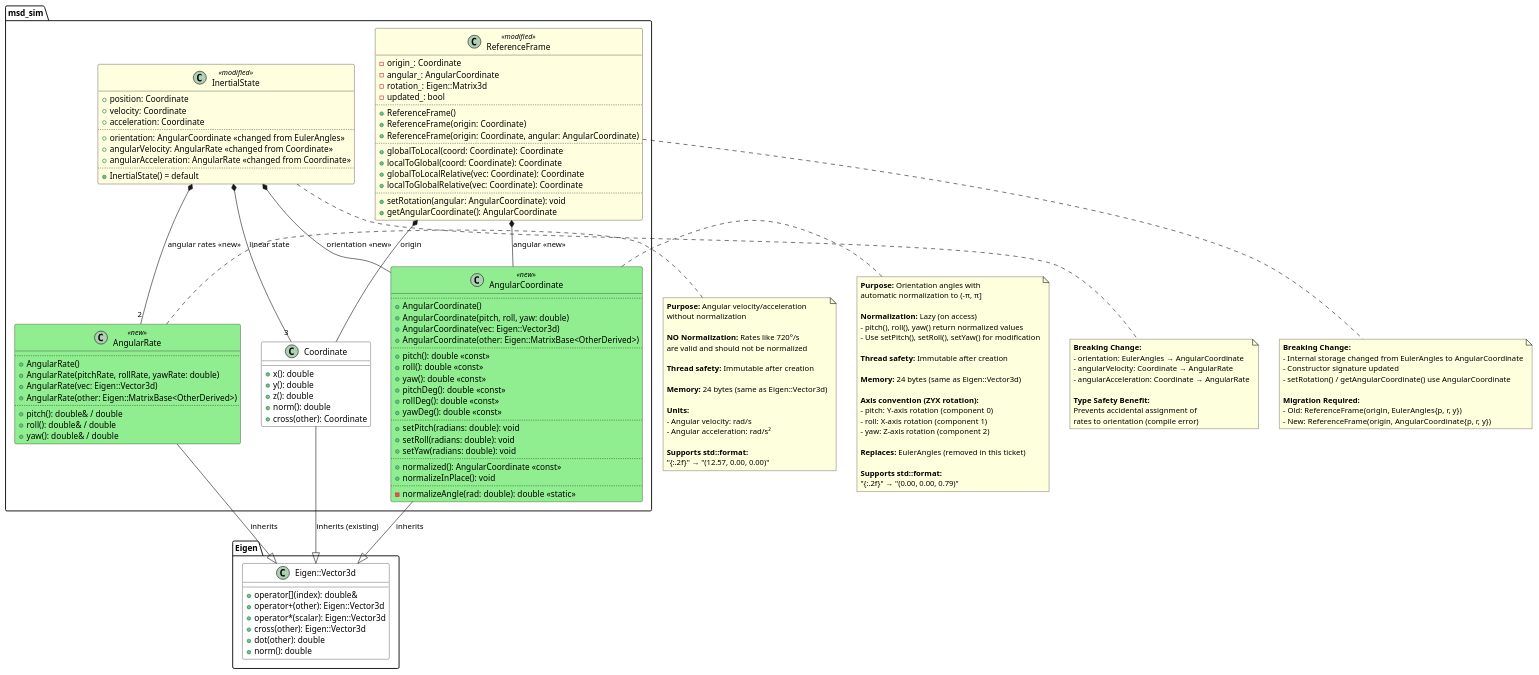
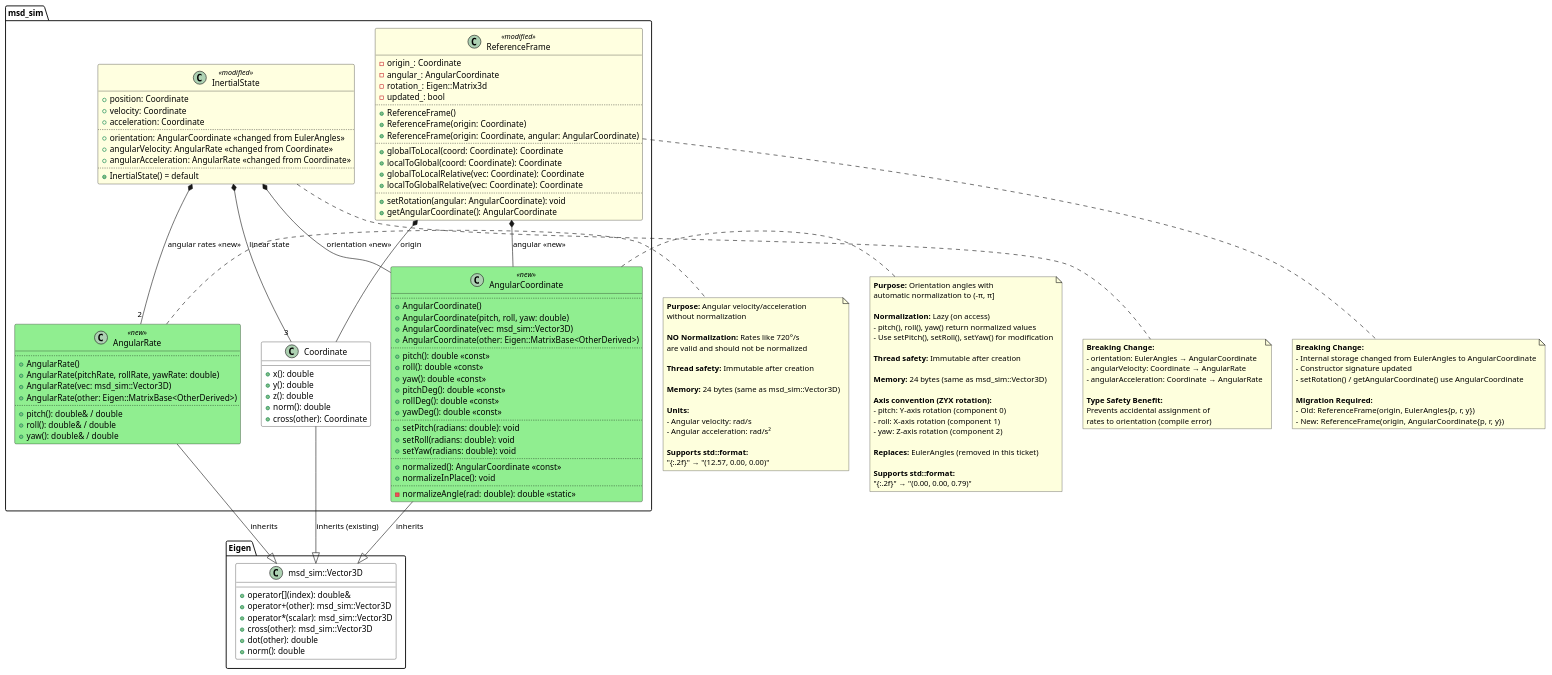
Before and after one commit to danielnewman09/MSD-CPP: the diagram in docs/designs/0024_angular_coordinate/0024_angular_coordinate.puml, drawn with PlantUML. The commit also changed 102 other files, not shown here.

```diff
--- a/docs/designs/0024_angular_coordinate/0024_angular_coordinate.puml
+++ b/docs/designs/0024_angular_coordinate/0024_angular_coordinate.puml
@@ -29,12 +29,12 @@
     ' NEW CLASSES
 
     class AngularCoordinate <<new>> {
-        ' Inherits from Eigen::Vector3d
+        ' Inherits from msd_sim::Vector3D
         ..
         ' Construction
         +AngularCoordinate()
         +AngularCoordinate(pitch, roll, yaw: double)
-        +AngularCoordinate(vec: Eigen::Vector3d)
+        +AngularCoordinate(vec: msd_sim::Vector3D)
         +AngularCoordinate(other: Eigen::MatrixBase<OtherDerived>)
         ..
         ' Semantic accessors (lazy normalization to (-π, π])
@@ -58,12 +58,12 @@
     }
 
     class AngularRate <<new>> {
-        ' Inherits from Eigen::Vector3d
+        ' Inherits from msd_sim::Vector3D
         ..
         ' Construction
         +AngularRate()
         +AngularRate(pitchRate, rollRate, yawRate: double)
-        +AngularRate(vec: Eigen::Vector3d)
+        +AngularRate(vec: msd_sim::Vector3D)
         +AngularRate(other: Eigen::MatrixBase<OtherDerived>)
         ..
         ' Semantic accessors (NO normalization)
@@ -123,11 +123,11 @@
 }
 
 package "Eigen" {
-    class "Eigen::Vector3d" as EigenVector3d {
+    class "msd_sim::Vector3D" as EigenVector3d {
         +operator[](index): double&
-        +operator+(other): Eigen::Vector3d
-        +operator*(scalar): Eigen::Vector3d
-        +cross(other): Eigen::Vector3d
+        +operator+(other): msd_sim::Vector3D
+        +operator*(scalar): msd_sim::Vector3D
+        +cross(other): msd_sim::Vector3D
         +dot(other): double
         +norm(): double
     }
@@ -164,7 +164,7 @@
 
     **Thread safety:** Immutable after creation
 
-    **Memory:** 24 bytes (same as Eigen::Vector3d)
+    **Memory:** 24 bytes (same as msd_sim::Vector3D)
 
     **Axis convention (ZYX rotation):**
     - pitch: Y-axis rotation (component 0)
@@ -186,7 +186,7 @@
 
     **Thread safety:** Immutable after creation
 
-    **Memory:** 24 bytes (same as Eigen::Vector3d)
+    **Memory:** 24 bytes (same as msd_sim::Vector3D)
 
     **Units:**
     - Angular velocity: rad/s
```
